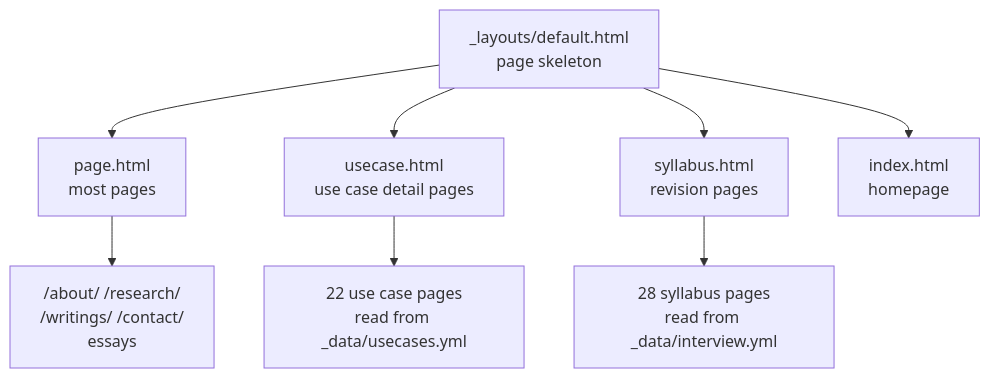
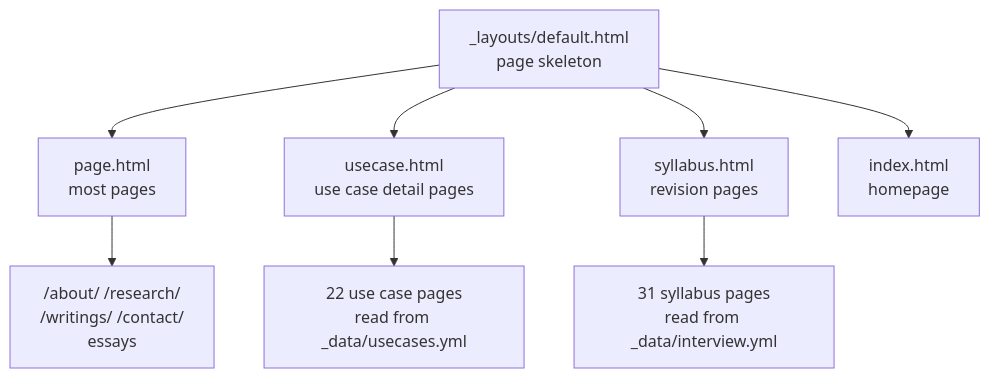
One commit to Feliren88/feliren88.github.io changed the second of 4 diagrams in README.md. Above: the diagram before and after it, drawn with Mermaid. The commit also changed other lines of this file and 28 other files, not shown here.

````diff
--- a/README.md
+++ b/README.md
@@ -27,12 +27,12 @@
 ```mermaid
 flowchart TD
     D["_layouts/default.html<br/>page skeleton"]
     D --> P["page.html<br/>most pages"]
     D --> U["usecase.html<br/>use case detail pages"]
     D --> S["syllabus.html<br/>revision pages"]
     D --> I["index.html<br/>homepage"]
 
     P --> P1["/about/ /research/<br/>/writings/ /contact/<br/>essays"]
     U --> U1["22 use case pages<br/>read from _data/usecases.yml"]
-    S --> S1["28 syllabus pages<br/>read from _data/interview.yml"]
+    S --> S1["31 syllabus pages<br/>read from _data/interview.yml"]
 ```
````
